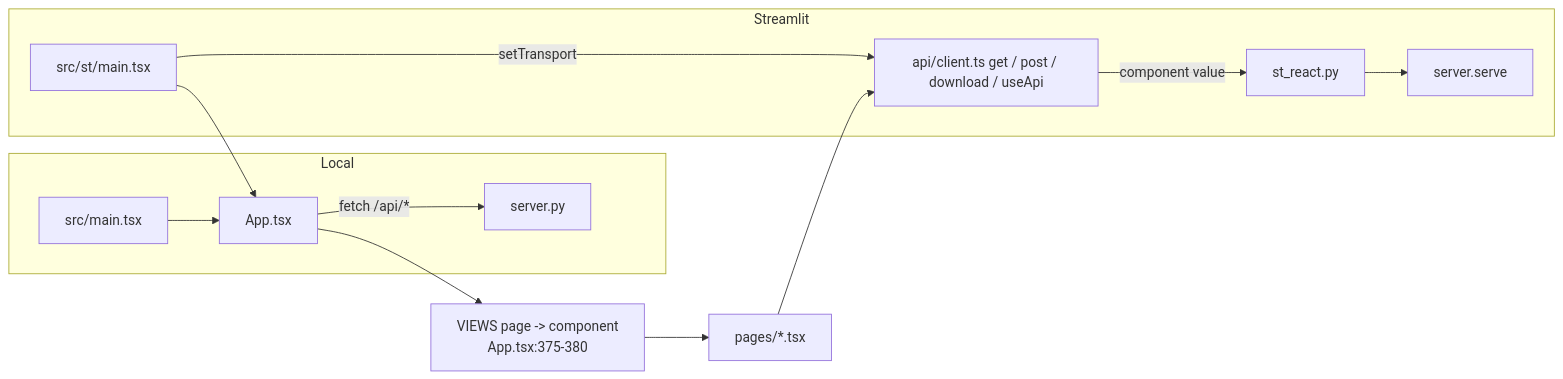
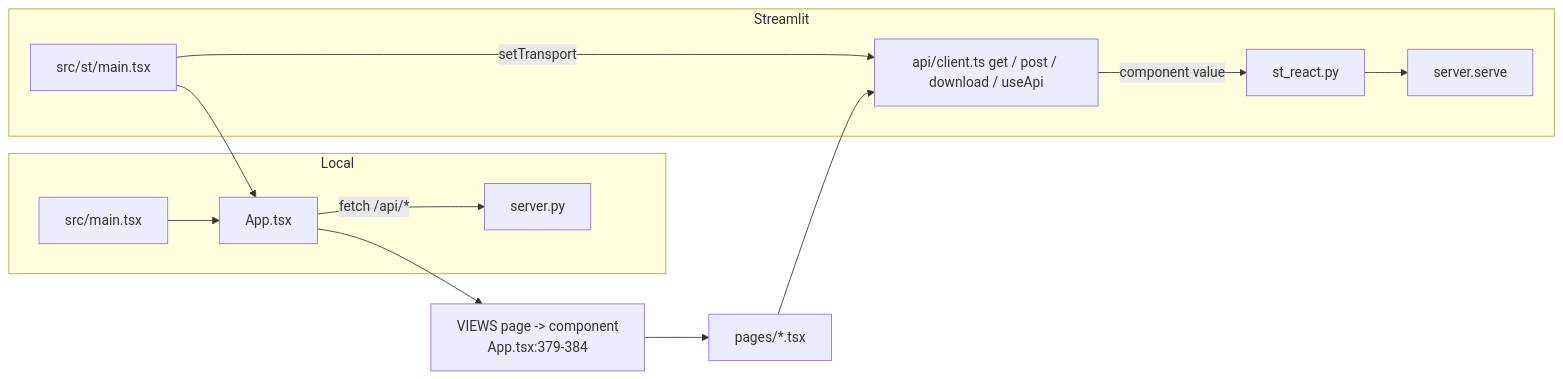
One commit to darshanmeel/snowflake-access-explorer changed the diagram in snowflake-access-explorer-knowledge-graph/modules/web.md. Above: the diagram before and after it, drawn with Mermaid. The commit also changed other lines of this file and 90 other files, not shown here.

Commit message:
Knowledge graph: up to date with the left-nav sections, Can they?, Compare, What if and risk tables

````diff
--- a/snowflake-access-explorer-knowledge-graph/modules/web.md
+++ b/snowflake-access-explorer-knowledge-graph/modules/web.md
@@ -6,14 +6,14 @@
 ```mermaid
 flowchart LR
   subgraph Local
     M[src/main.tsx] --> APP
     APP -->|fetch /api/*| SRV[server.py]
   end
   subgraph Streamlit
     SM[src/st/main.tsx] -->|setTransport| CL
     SM --> APP
     CL -->|component value| STR[st_react.py] --> SRV2[server.serve]
   end
-  APP[App.tsx] --> V[VIEWS page -> component<br/>App.tsx:375-380]
+  APP[App.tsx] --> V[VIEWS page -> component<br/>App.tsx:379-384]
   V --> P[pages/*.tsx] --> CL[api/client.ts get / post / download / useApi]
 ```
````
